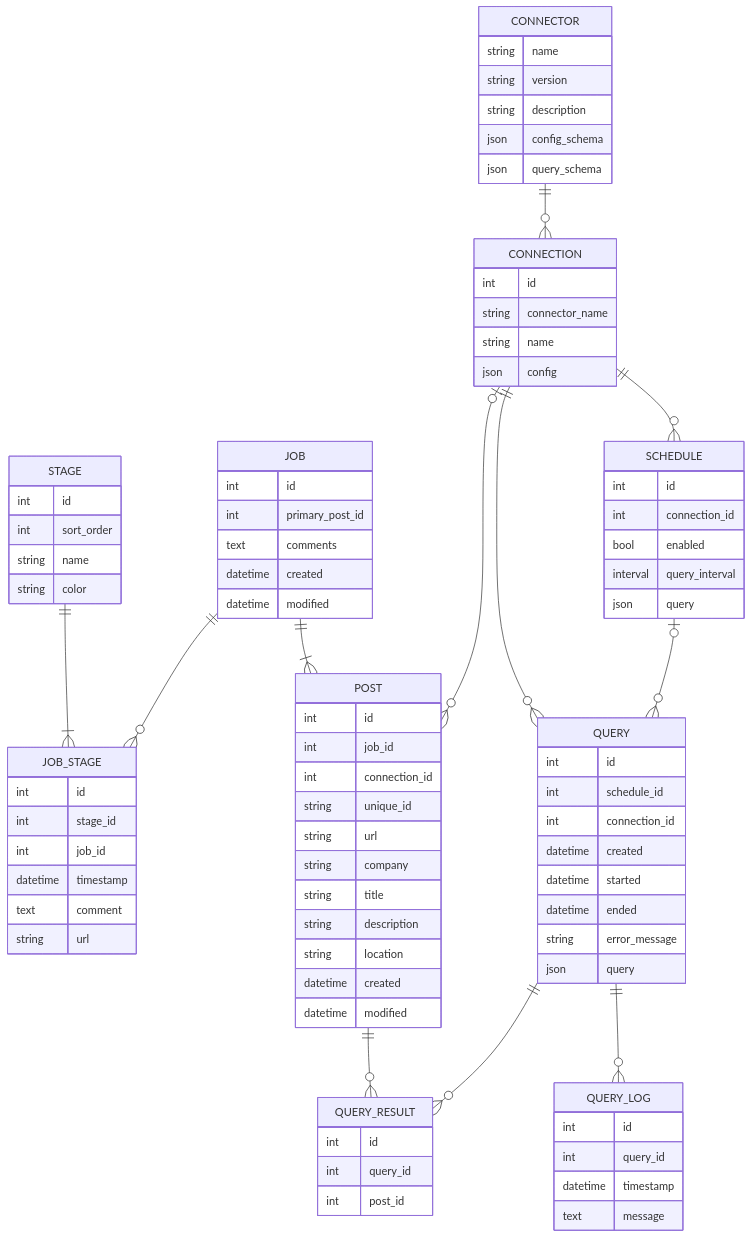
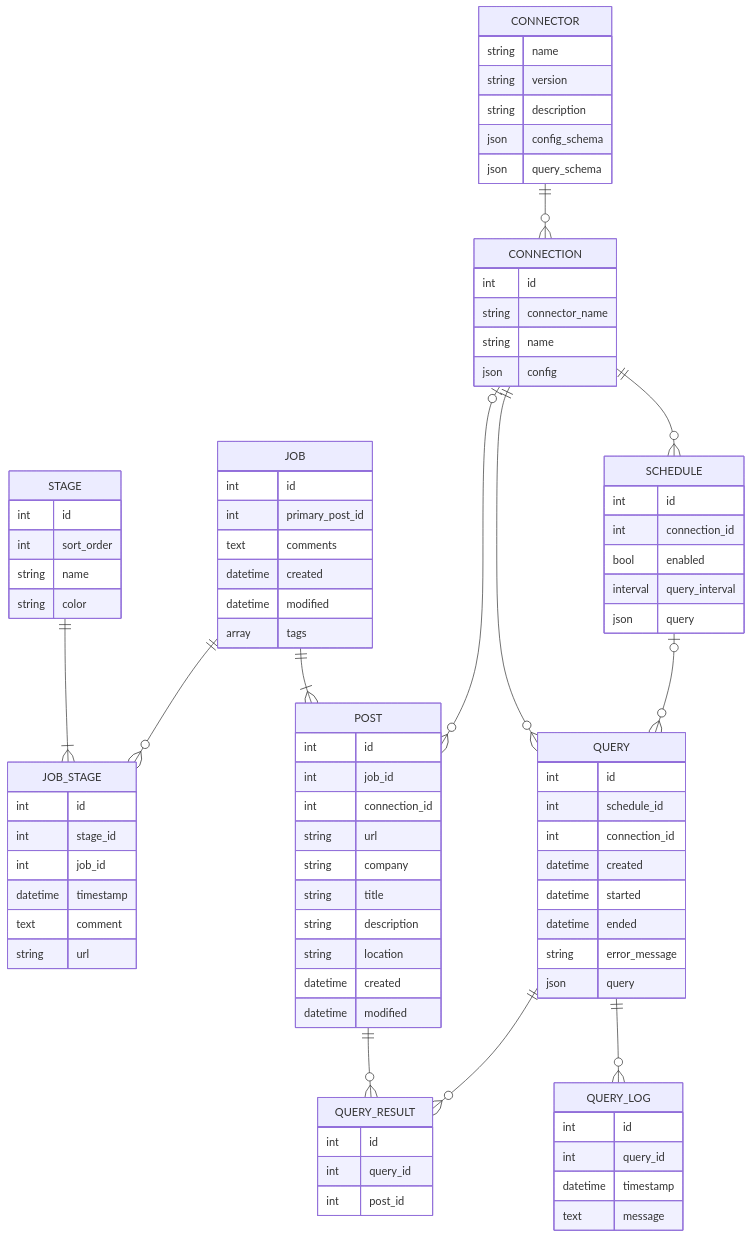
One commit to ericanastas/jobflow changed the diagram in erd.mmd. Above: the diagram before and after it, drawn with Mermaid. The commit also changed 2 other files, not shown here.

Commit message:
Added tags to ER diagram

```diff
--- a/erd.mmd
+++ b/erd.mmd
@@ -1,103 +1,104 @@
 erDiagram
 
    JOB {
        int id
 
        int primary_post_id
        text comments
 
        datetime created
        datetime modified
+
+       array tags
    }
 
    STAGE {
        int id
        int sort_order
        string name
        string color
    }
 
    JOB_STAGE {
        int id
        int stage_id
        int job_id
        datetime timestamp
        text comment
        string url
    }
 
    POST {
        int id
 
        int job_id
        int connection_id
-       string unique_id
 
        string url
        string company
        string title
        string description
        string location
 
        datetime created
        datetime modified
    }
 
    CONNECTOR {
        string name
        string version
        string description
        json config_schema
        json query_schema
    }
 
    CONNECTION {
        int id
        string connector_name
        string name
        json config
    }
 
    SCHEDULE {
        int id
        int connection_id
        bool enabled
        interval query_interval
        json query
    }
 
    QUERY {
        int id
        int schedule_id
        int connection_id
        datetime created
        datetime started
        datetime ended
        string error_message
        json query
    }
 
    QUERY_RESULT {
        int id
        int query_id
        int post_id
    }
 
    QUERY_LOG {
        int id
        int query_id
        datetime timestamp
        text message
    }
 
    STAGE ||--|{ JOB_STAGE : ""
    JOB ||--o{ JOB_STAGE : ""
    JOB ||--|{ POST : ""
    CONNECTOR ||--o{ CONNECTION  : ""
    CONNECTION o|--o{ POST : ""
    CONNECTION ||--o{ QUERY : ""
    CONNECTION ||--o{ SCHEDULE : ""
    SCHEDULE o|--O{ QUERY : ""
    POST ||--o{ QUERY_RESULT : ""
    QUERY ||--o{ QUERY_RESULT : ""
    QUERY ||--o{ QUERY_LOG : ""
```
